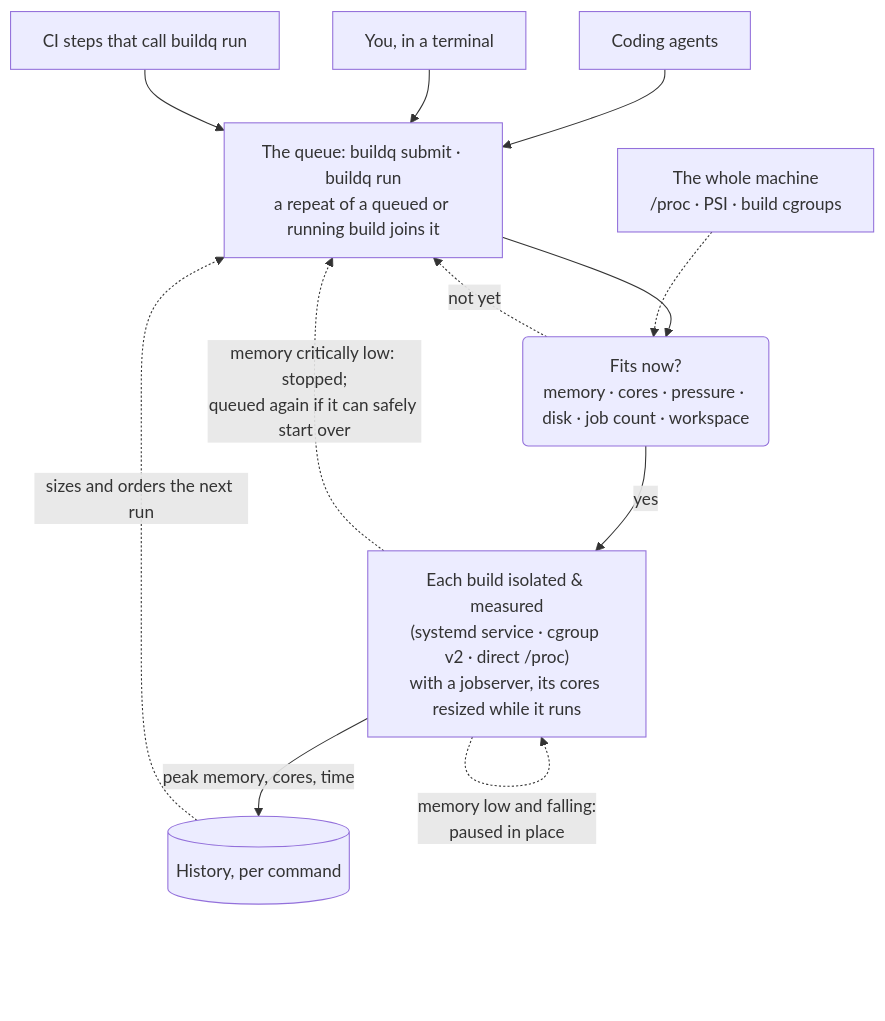
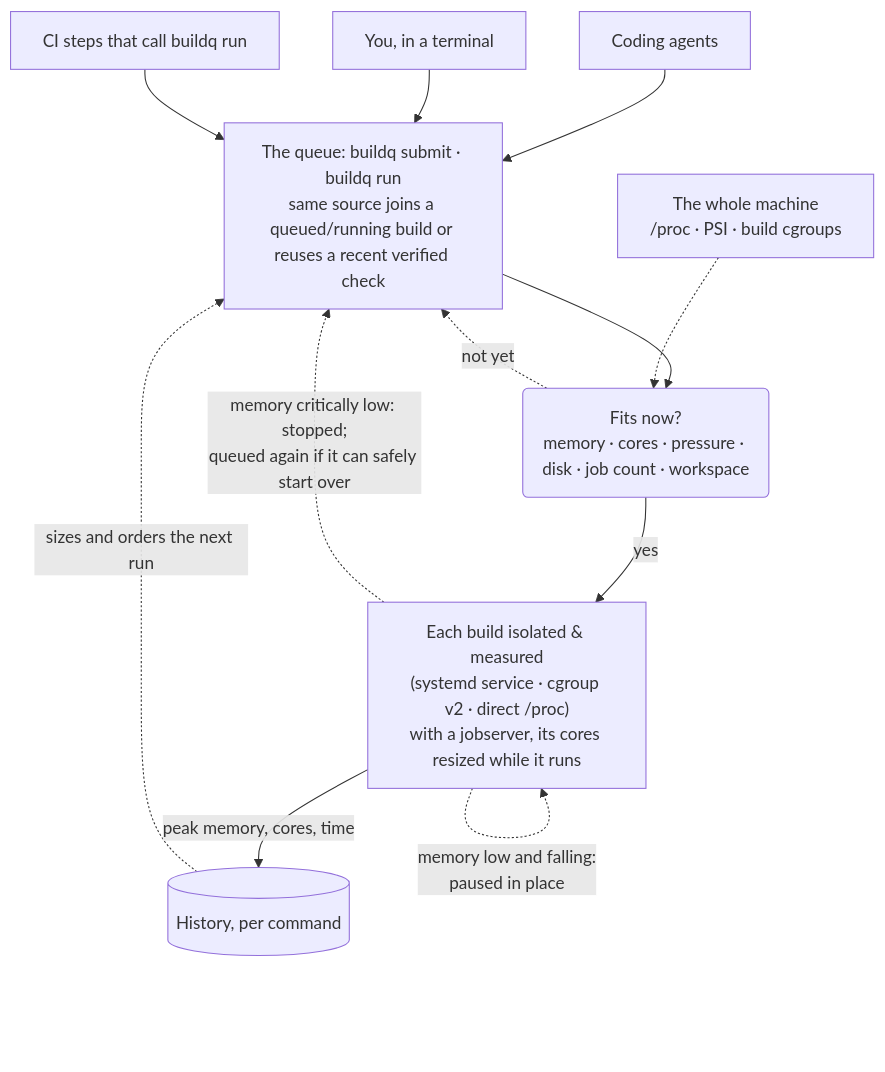
One commit to nosliwsirhc/buildq changed the diagram in README.md. Above: the diagram before and after it, drawn with Mermaid. The commit also changed other lines of this file and 7 other files, not shown here.

Commit message:
docs: add dark/light benchmark SVG charts and tighten developer-focused README copy (#93)

````diff
--- a/README.md
+++ b/README.md
@@ -105,15 +113,15 @@
 ```mermaid
 flowchart TB
     A["Coding agents"] --> Q
     T["You, in a terminal"] --> Q
     C["CI steps that call buildq run"] --> Q
-    Q["The queue: buildq submit · buildq run<br/>a repeat of a queued or running build joins it"] --> D
+    Q["The queue: buildq submit · buildq run<br/>same source joins a queued/running build or reuses a recent verified check"] --> D
     M["The whole machine<br/>/proc · PSI · build cgroups"] -.-> D
     D("Fits now?<br/>memory · cores · pressure · disk · job count · workspace") -- "yes" --> S
     D -. "not yet" .-> Q
     S["Each build isolated &amp; measured<br/>(systemd service · cgroup v2 · direct /proc)<br/>with a jobserver, its cores resized while it runs"]
     S -. "memory low and falling:<br/>paused in place" .-> S
     S -. "memory critically low: stopped;<br/>queued again if it can safely start over" .-> Q
     S -- "peak memory, cores, time" --> H[("History, per command")]
     H -. "sizes and orders the next run" .-> Q
 ```
````
